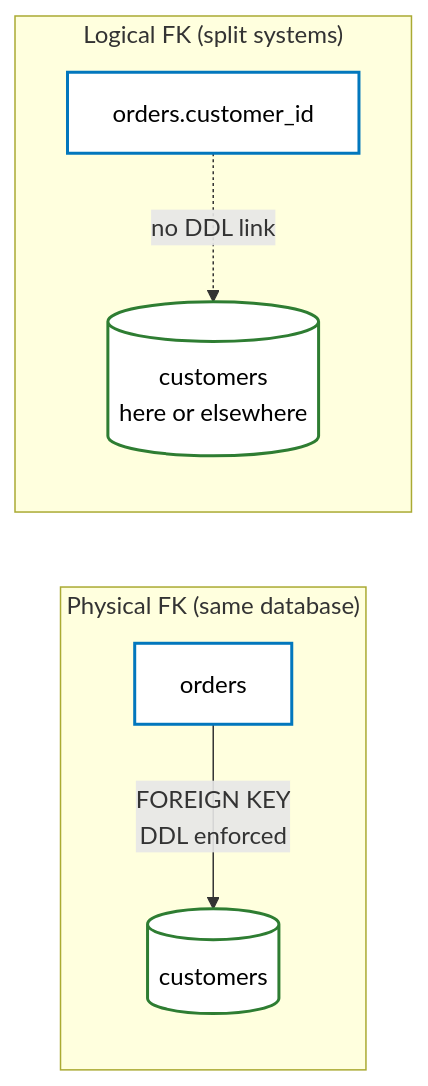
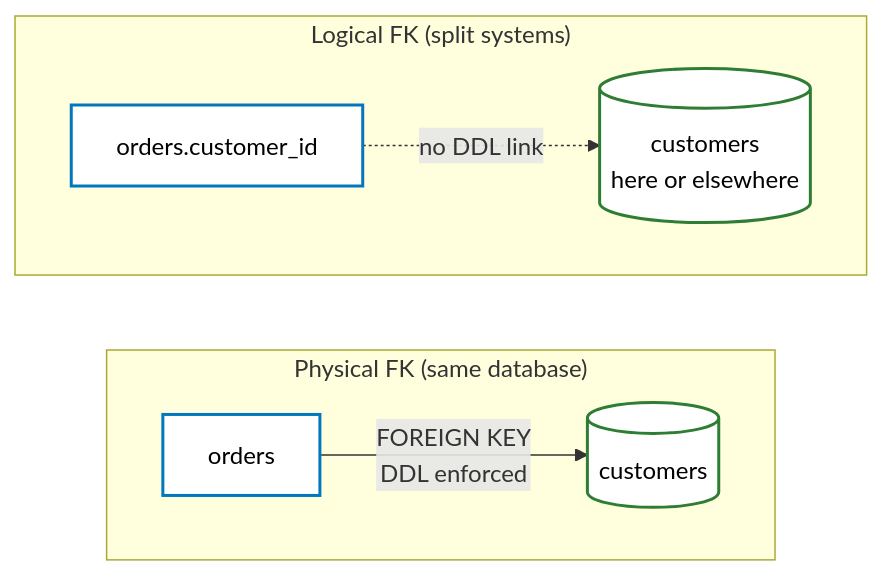
Before and after one commit to b0yu-li/b0yu-li.github.io: the second of 12 diagrams in _posts/2026-04-04-db-design-best-practices.md, drawn with Mermaid. The commit also changed other lines of this file and 1 other file, not shown here.

````diff
--- a/_posts/2026-04-04-db-design-best-practices.md
+++ b/_posts/2026-04-04-db-design-best-practices.md
@@ -72,14 +76,16 @@
 ```mermaid
-graph LR
+flowchart LR
     subgraph p ["Physical FK (same database)"]
+        direction LR
         O1[orders] -->|FOREIGN KEY<br/>DDL enforced| C1[(customers)]
     end
     subgraph l ["Logical FK (split systems)"]
+        direction LR
         O2[orders.customer_id] -.->|no DDL link| C2[(customers<br/>here or elsewhere)]
     end
 
     classDef box fill:#fff,stroke:#0277bd,stroke-width:2px,color:#000;
     classDef tbl fill:#fff,stroke:#2e7d32,stroke-width:2px,color:#000;
     class O1,O2 box;
     class C1,C2 tbl;
 ```
````
